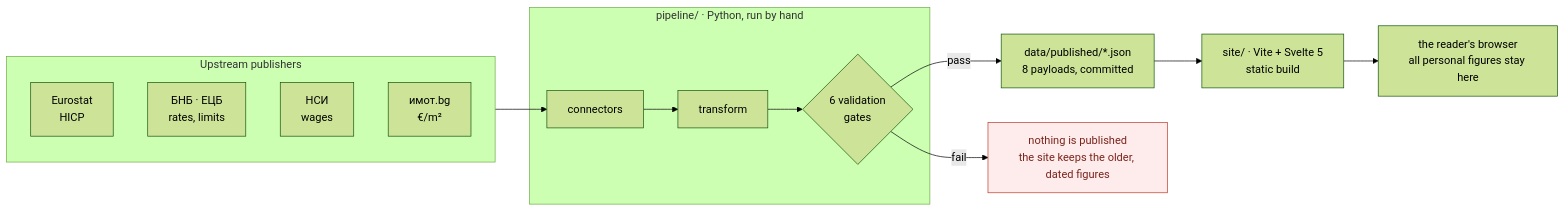
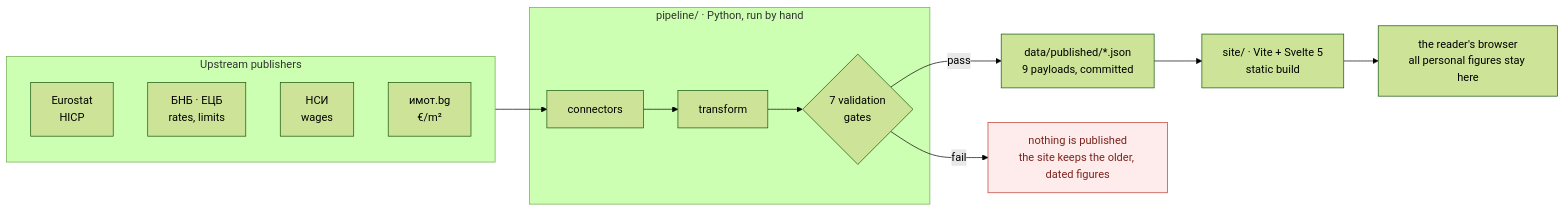
The diagram in README.md (vyarno-bg/vyarno), drawn with Mermaid (forest theme) before and after one commit. The commit also changed other lines of this file and 14 other files, not shown here.

````diff
--- a/README.md
+++ b/README.md
@@ -119,25 +120,25 @@
 ```mermaid
 flowchart LR
   subgraph up["Upstream publishers"]
     E["Eurostat<br/>HICP"]
     B["БНБ · ЕЦБ<br/>rates, limits"]
     N["НСИ<br/>wages"]
     I["имот.bg<br/>€/m²"]
   end
 
   subgraph pipe["pipeline/ · Python, run by hand"]
-    C["connectors"] --> T["transform"] --> G{"6 validation<br/>gates"}
+    C["connectors"] --> T["transform"] --> G{"7 validation<br/>gates"}
   end
 
-  J["data/published/*.json<br/>8 payloads, committed"]
+  J["data/published/*.json<br/>9 payloads, committed"]
   S["site/ · Vite + Svelte 5<br/>static build"]
   U["the reader's browser<br/>all personal figures stay here"]
 
   up --> C
   G -->|"pass"| J
   G -->|"fail"| X["nothing is published<br/>the site keeps the older, dated figures"]
   J --> S --> U
 
   classDef stop fill:#fdeceb,stroke:#c0392b,color:#7b241c;
   class X stop;
 ```
````
